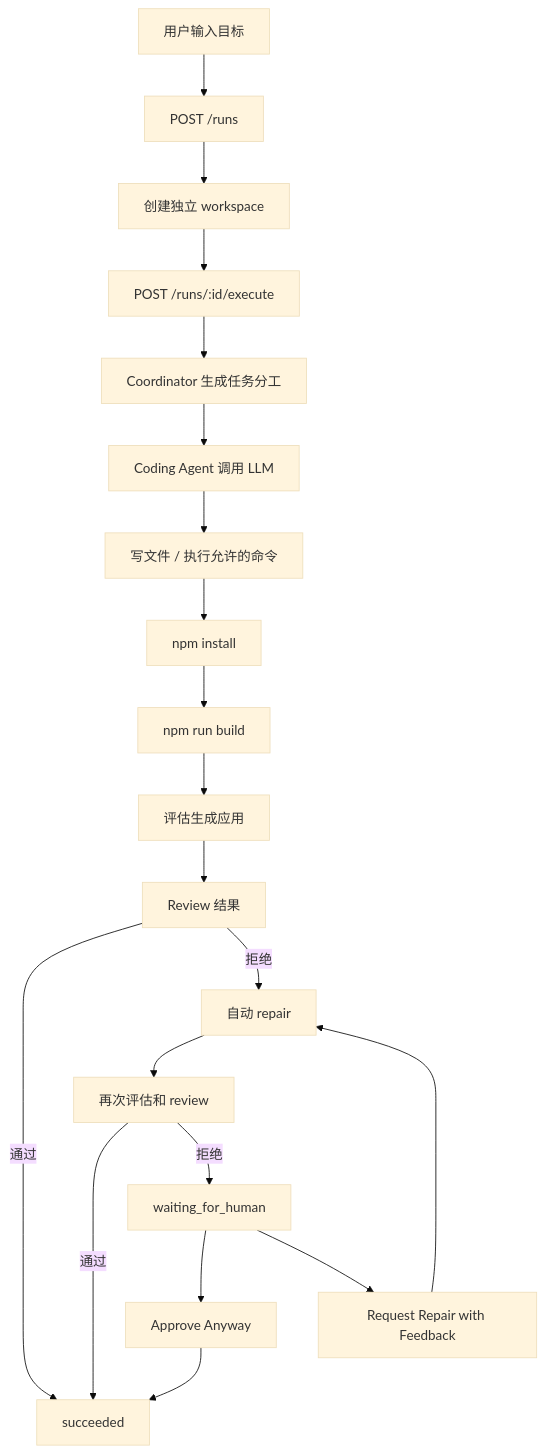
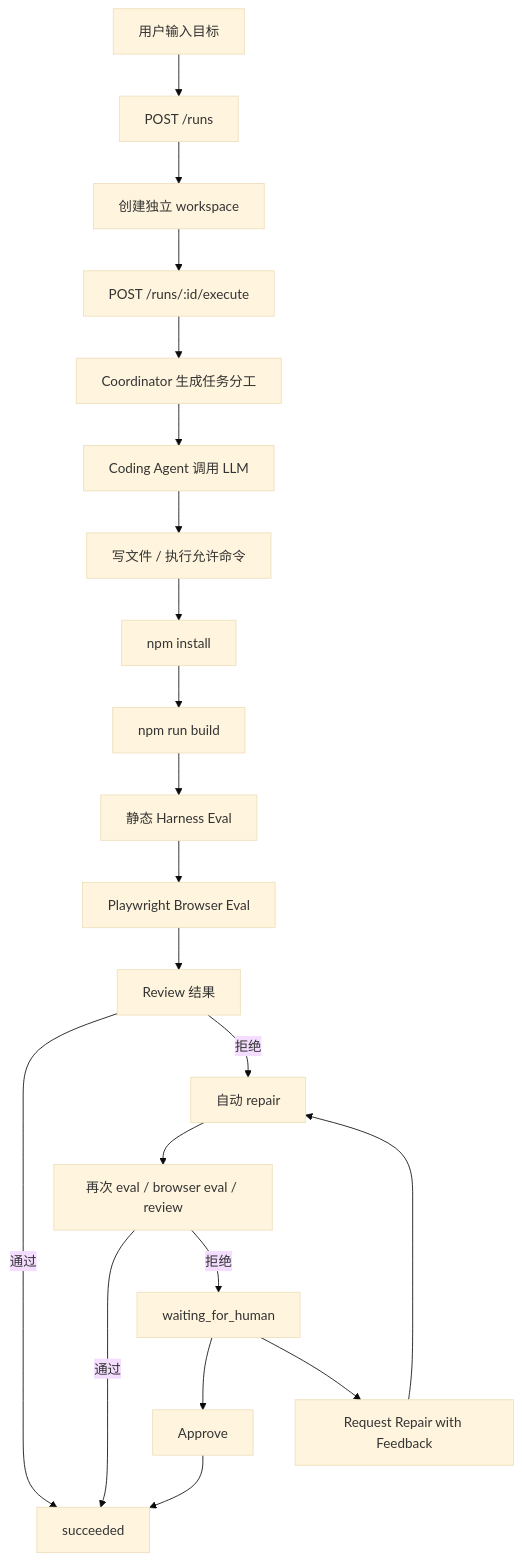
One commit to Marvin725626/appforge-agent-platform changed the diagram in docs/workflow.zh-CN.md. Above: the diagram before and after it, drawn with Mermaid (base theme). The commit also changed other lines of this file and 22 other files, not shown here.

Commit message:
Add browser harness repair loop and docs

````diff
--- a/docs/workflow.zh-CN.md
+++ b/docs/workflow.zh-CN.md
@@ -33,22 +40,23 @@
 ```mermaid
 flowchart TD
     A["用户输入目标"] --> B["POST /runs"]
     B --> C["创建独立 workspace"]
     C --> D["POST /runs/:id/execute"]
     D --> E["Coordinator 生成任务分工"]
     E --> F["Coding Agent 调用 LLM"]
-    F --> G["写文件 / 执行允许的命令"]
+    F --> G["写文件 / 执行允许命令"]
     G --> H["npm install"]
     H --> I["npm run build"]
-    I --> J["评估生成应用"]
-    J --> K["Review 结果"]
+    I --> J["静态 Harness Eval"]
+    J --> JB["Playwright Browser Eval"]
+    JB --> K["Review 结果"]
     K -->|通过| L["succeeded"]
     K -->|拒绝| M["自动 repair"]
-    M --> N["再次评估和 review"]
+    M --> N["再次 eval / browser eval / review"]
     N -->|通过| L
     N -->|拒绝| O["waiting_for_human"]
-    O --> P["Approve Anyway"]
+    O --> P["Approve"]
     O --> Q["Request Repair with Feedback"]
     P --> L
     Q --> M
 ```
````
